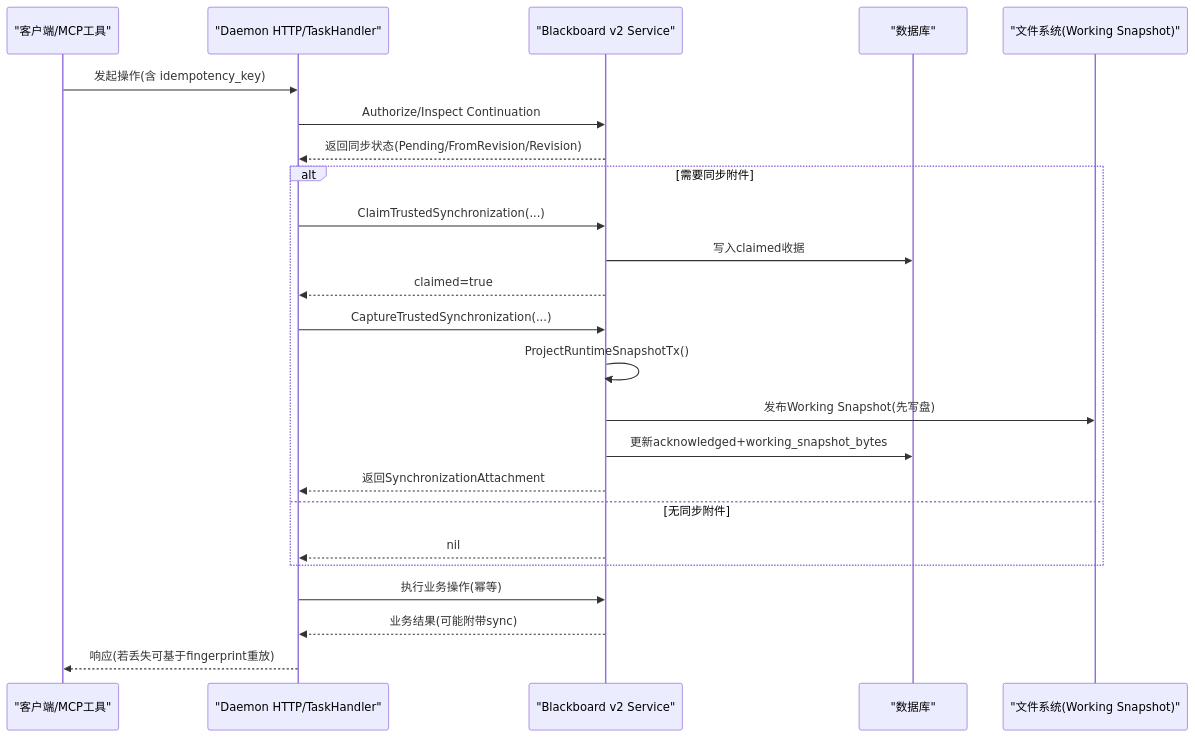
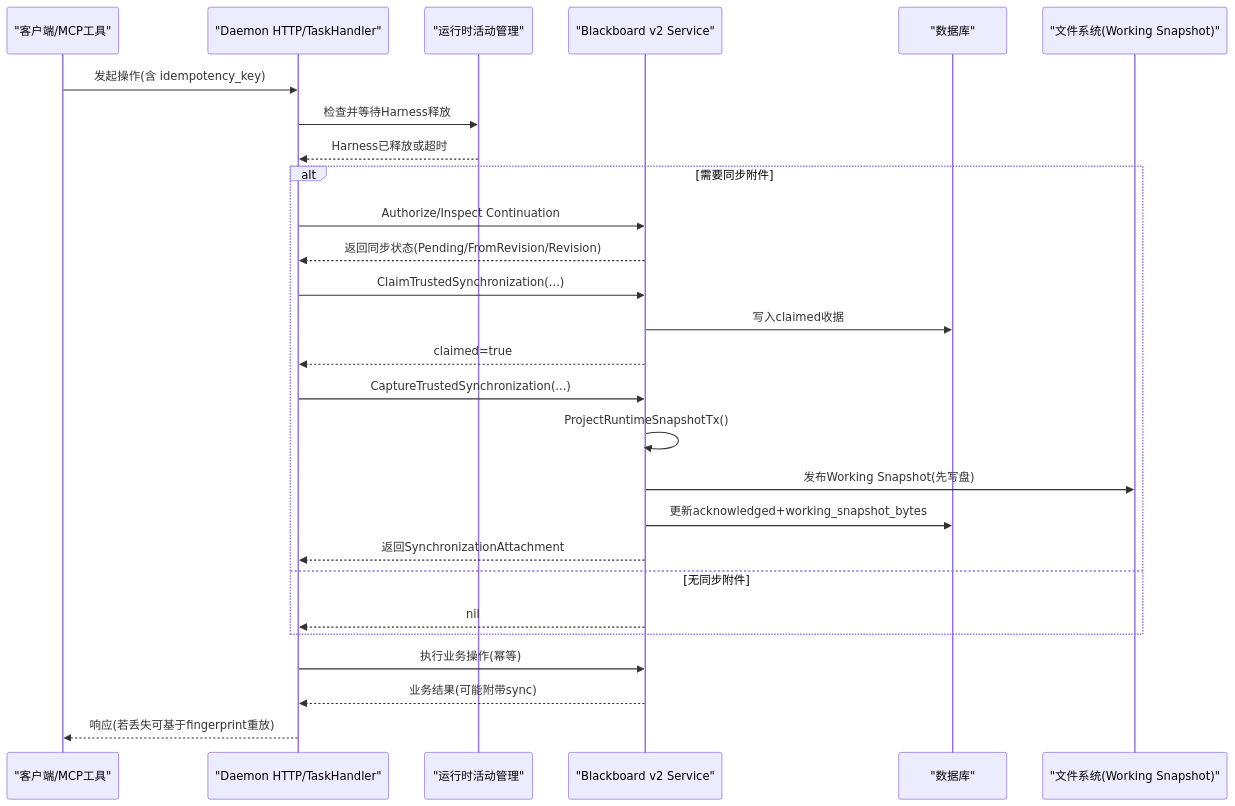
The second of 8 diagrams in .qoder/repowiki/zh/content/核心架构/控制平面 - Daemon服务/任务生命周期管理/任务恢复与续传.md (n1majne3/CyberPenda), drawn with Mermaid before and after one commit. The commit also changed other lines of this file and 159 other files, not shown here.

````diff
--- a/.qoder/repowiki/zh/content/核心架构/控制平面 - Daemon服务/任务生命周期管理/任务恢复与续传.md
+++ b/.qoder/repowiki/zh/content/核心架构/控制平面 - Daemon服务/任务生命周期管理/任务恢复与续传.md
@@ -121,26 +139,29 @@
 ```mermaid
 sequenceDiagram
 participant Client as "客户端/MCP工具"
 participant Daemon as "Daemon HTTP/TaskHandler"
+participant RA as "运行时活动管理"
 participant BB as "Blackboard v2 Service"
 participant DB as "数据库"
 participant FS as "文件系统(Working Snapshot)"
 Client->>Daemon : 发起操作(含 idempotency_key)
+Daemon->>RA : 检查并等待Harness释放
+RA-->>Daemon : Harness已释放或超时
+alt 需要同步附件
 Daemon->>BB : Authorize/Inspect Continuation
 BB-->>Daemon : 返回同步状态(Pending/FromRevision/Revision)
-alt 需要同步附件
 Daemon->>BB : ClaimTrustedSynchronization(...)
 BB->>DB : 写入claimed收据
 BB-->>Daemon : claimed=true
 Daemon->>BB : CaptureTrustedSynchronization(...)
 BB->>BB : ProjectRuntimeSnapshotTx()
 BB->>FS : 发布Working Snapshot(先写盘)
 BB->>DB : 更新acknowledged+working_snapshot_bytes
 BB-->>Daemon : 返回SynchronizationAttachment
 else 无同步附件
 BB-->>Daemon : nil
 end
 Daemon->>BB : 执行业务操作(幂等)
 BB-->>Daemon : 业务结果(可能附带sync)
 Daemon-->>Client : 响应(若丢失可基于fingerprint重放)
 ```
````
